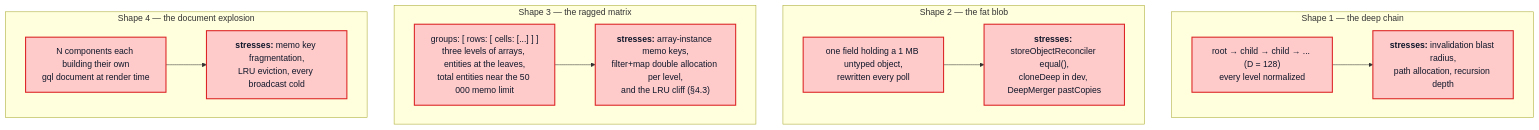
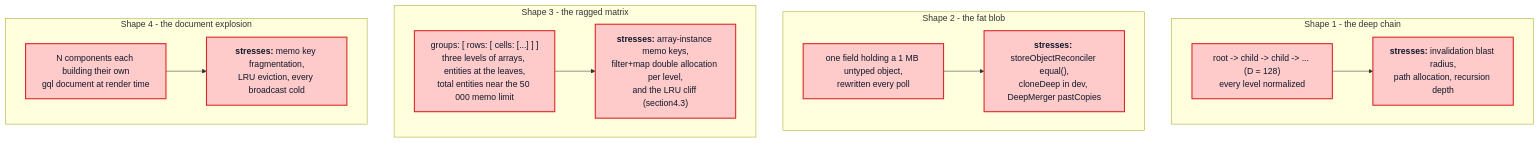
Before and after one commit to convict-git/fast-gql-cache-rs: diagram 13 of 14 in docs/apollo-client-inmemory-cache-performance.md, drawn with Mermaid. The commit also changed other lines of this file and 1 other file, not shown here.

First line of the commit message:
docs(cache): replace unicode arrows/dashes/dots in all mermaid diagrams

````diff
--- a/docs/apollo-client-inmemory-cache-performance.md
+++ b/docs/apollo-client-inmemory-cache-performance.md
@@ -1496,28 +1496,28 @@
 ```mermaid
 flowchart TB
-    subgraph s1["Shape 1 — the deep chain"]
-        A1["root → child → child → ... (D = 128)<br/>every level normalized"]:::dirty
+    subgraph s1["Shape 1 - the deep chain"]
+        A1["root -> child -> child -> ... (D = 128)<br/>every level normalized"]:::dirty
         A2["<b>stresses:</b> invalidation blast radius,<br/>path allocation, recursion depth"]:::dirty
         A1 --> A2
     end
 
-    subgraph s2["Shape 2 — the fat blob"]
+    subgraph s2["Shape 2 - the fat blob"]
         B1["one field holding a 1 MB untyped object,<br/>rewritten every poll"]:::dirty
         B2["<b>stresses:</b> storeObjectReconciler equal(),<br/>cloneDeep in dev, DeepMerger pastCopies"]:::dirty
         B1 --> B2
     end
 
-    subgraph s3["Shape 3 — the ragged matrix"]
+    subgraph s3["Shape 3 - the ragged matrix"]
         C1["groups: [ rows: [ cells: [...] ] ]<br/>three levels of arrays, entities at the leaves,<br/>total entities near the 50 000 memo limit"]:::dirty
-        C2["<b>stresses:</b> array-instance memo keys,<br/>filter+map double allocation per level,<br/>and the LRU cliff (§4.3)"]:::dirty
+        C2["<b>stresses:</b> array-instance memo keys,<br/>filter+map double allocation per level,<br/>and the LRU cliff (section4.3)"]:::dirty
         C1 --> C2
     end
 
-    subgraph s4["Shape 4 — the document explosion"]
+    subgraph s4["Shape 4 - the document explosion"]
         D1["N components each building their own<br/>gql document at render time"]:::dirty
         D2["<b>stresses:</b> memo key fragmentation,<br/>LRU eviction, every broadcast cold"]:::dirty
         D1 --> D2
     end
 
     classDef dirty fill:#fecaca,stroke:#dc2626,stroke-width:2px,color:#0f172a
 ```
````
